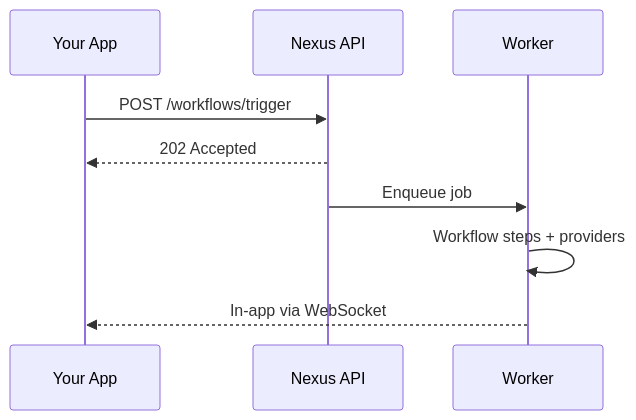
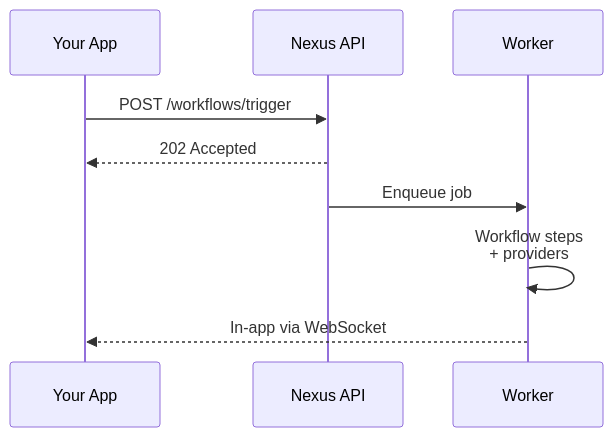
The diagram in content/docs/en/platform/getting-started/index.mdx (KriyanshKhunt/nexus_docs), drawn with Mermaid before and after one commit. The commit also changed other lines of this file and 10 other files, not shown here.

Commit message:
Fix graph UI

````diff
--- a/content/docs/en/platform/getting-started/index.mdx
+++ b/content/docs/en/platform/getting-started/index.mdx
@@ -22,12 +34,12 @@
 ```mermaid
 sequenceDiagram
   participant App as Your App
   participant API as Nexus API
   participant W as Worker
 
   App->>API: POST /workflows/trigger
   API-->>App: 202 Accepted
   API->>W: Enqueue job
-  W->>W: Workflow steps + providers
+  W->>W: Workflow steps<br/>+ providers
   W-->>App: In-app via WebSocket
 ```
````
